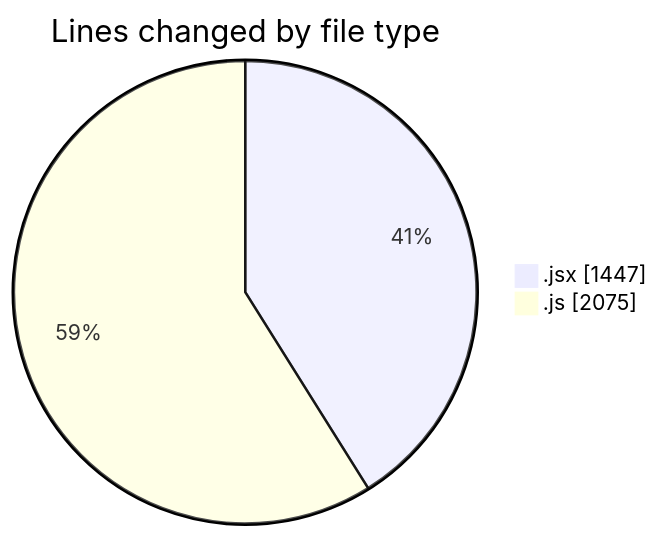
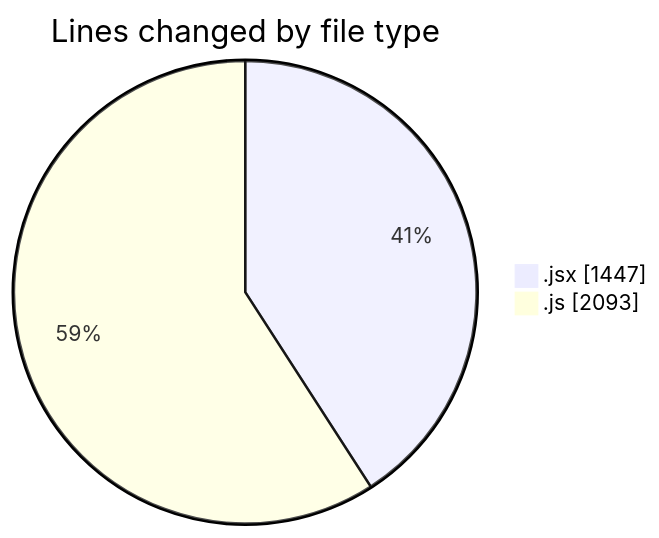
Before and after one commit to nxtqubesakshisongat/code-tracking: the first of 2 diagrams in 2025-09-15/nxtqube_webapp/README.md, drawn with Mermaid. The commit also changed other lines of this file and 1 other file, not shown here.

````diff
--- a/2025-09-15/nxtqube_webapp/README.md
+++ b/2025-09-15/nxtqube_webapp/README.md
@@ -22,6 +22,6 @@
 ```mermaid
 pie showData
 title Lines changed by file type
 ".jsx" : 1447
-".js" : 2075
+".js" : 2093
 ```
````
